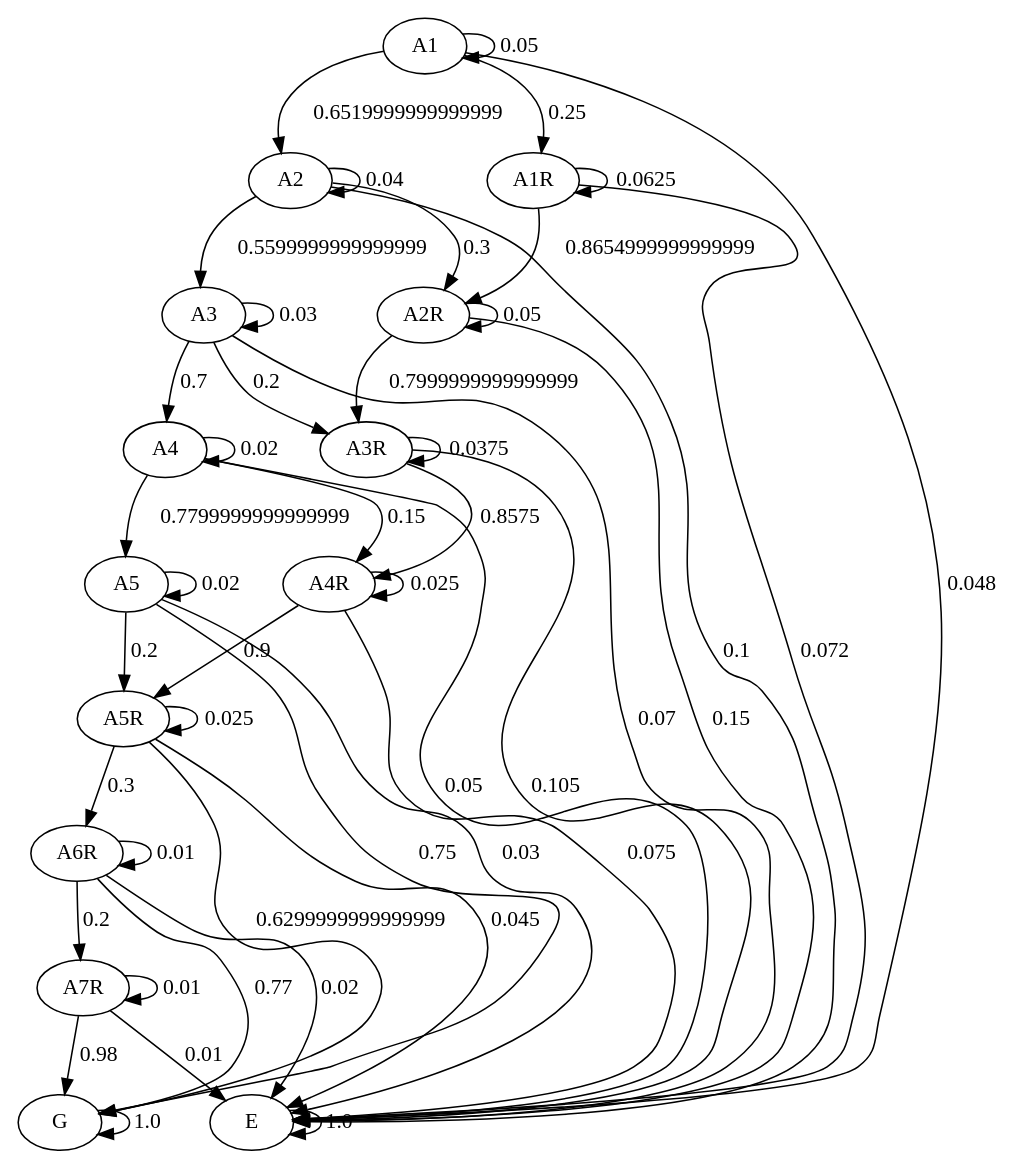
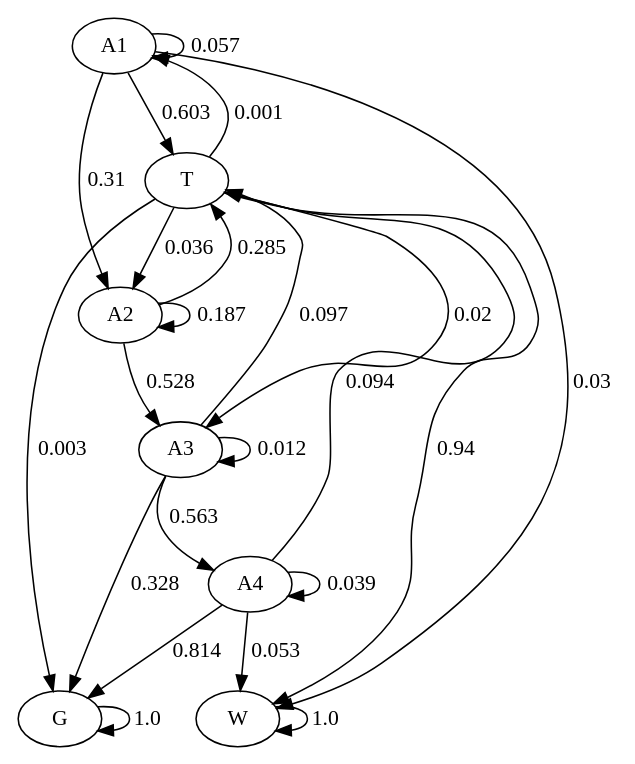
One commit to JulianaFerreira/educacao changed the diagram in graph/markov.dot. Above: the diagram before and after it, drawn with Graphviz. The commit also changed 13 other files, not shown here.

```diff
--- a/graph/markov.dot
+++ b/graph/markov.dot
@@ -1,61 +1,31 @@
 digraph  {
 A1;
+T;
 A2;
 A3;
 A4;
-A5;
-A1R;
-A2R;
-A3R;
-A4R;
-A5R;
-A6R;
-A7R;
 G;
-E;
-A1 -> A1  [key=0, label="0.05", weight="0.05"];
-A1 -> A2  [key=0, label="0.6519999999999999", weight="0.6519999999999999"];
-A1 -> A1R  [key=0, label="0.25", weight="0.25"];
-A1 -> E  [key=0, label="0.048", weight="0.048"];
-A2 -> A2  [key=0, label="0.04", weight="0.04"];
-A2 -> A3  [key=0, label="0.5599999999999999", weight="0.5599999999999999"];
-A2 -> A2R  [key=0, label="0.3", weight="0.3"];
-A2 -> E  [key=0, label="0.1", weight="0.1"];
-A3 -> A3  [key=0, label="0.03", weight="0.03"];
-A3 -> A4  [key=0, label="0.7", weight="0.7"];
-A3 -> A3R  [key=0, label="0.2", weight="0.2"];
-A3 -> E  [key=0, label="0.07", weight="0.07"];
-A4 -> A4  [key=0, label="0.02", weight="0.02"];
-A4 -> A5  [key=0, label="0.7799999999999999", weight="0.7799999999999999"];
-A4 -> A4R  [key=0, label="0.15", weight="0.15"];
-A4 -> E  [key=0, label="0.05", weight="0.05"];
-A5 -> A5  [key=0, label="0.02", weight="0.02"];
-A5 -> A5R  [key=0, label="0.2", weight="0.2"];
-A5 -> G  [key=0, label="0.75", weight="0.75"];
-A5 -> E  [key=0, label="0.03", weight="0.03"];
-A1R -> A1R  [key=0, label="0.0625", weight="0.0625"];
-A1R -> A2R  [key=0, label="0.8654999999999999", weight="0.8654999999999999"];
-A1R -> E  [key=0, label="0.072", weight="0.072"];
-A2R -> A2R  [key=0, label="0.05", weight="0.05"];
-A2R -> A3R  [key=0, label="0.7999999999999999", weight="0.7999999999999999"];
-A2R -> E  [key=0, label="0.15", weight="0.15"];
-A3R -> A3R  [key=0, label="0.0375", weight="0.0375"];
-A3R -> A4R  [key=0, label="0.8575", weight="0.8575"];
-A3R -> E  [key=0, label="0.105", weight="0.105"];
-A4R -> A4R  [key=0, label="0.025", weight="0.025"];
-A4R -> A5R  [key=0, label="0.9", weight="0.9"];
-A4R -> E  [key=0, label="0.075", weight="0.075"];
-A5R -> A5R  [key=0, label="0.025", weight="0.025"];
-A5R -> A6R  [key=0, label="0.3", weight="0.3"];
-A5R -> G  [key=0, label="0.6299999999999999", weight="0.6299999999999999"];
-A5R -> E  [key=0, label="0.045", weight="0.045"];
-A6R -> A6R  [key=0, label="0.01", weight="0.01"];
-A6R -> A7R  [key=0, label="0.2", weight="0.2"];
-A6R -> G  [key=0, label="0.77", weight="0.77"];
-A6R -> E  [key=0, label="0.02", weight="0.02"];
-A7R -> A7R  [key=0, label="0.01", weight="0.01"];
-A7R -> G  [key=0, label="0.98", weight="0.98"];
-A7R -> E  [key=0, label="0.01", weight="0.01"];
+W;
+A1 -> A1  [key=0, label="0.057", weight="0.057"];
+A1 -> A2  [key=0, label="0.31", weight="0.31"];
+A1 -> T  [key=0, label="0.603", weight="0.603"];
+A1 -> W  [key=0, label="0.03", weight="0.03"];
+T -> A1  [key=0, label="0.001", weight="0.001"];
+T -> A2  [key=0, label="0.036", weight="0.036"];
+T -> A3  [key=0, label="0.02", weight="0.02"];
+T -> G  [key=0, label="0.003", weight="0.003"];
+T -> W  [key=0, label="0.94", weight="0.94"];
+A2 -> A2  [key=0, label="0.187", weight="0.187"];
+A2 -> A3  [key=0, label="0.528", weight="0.528"];
+A2 -> T  [key=0, label="0.285", weight="0.285"];
+A3 -> A3  [key=0, label="0.012", weight="0.012"];
+A3 -> A4  [key=0, label="0.563", weight="0.563"];
+A3 -> T  [key=0, label="0.097", weight="0.097"];
+A3 -> G  [key=0, label="0.328", weight="0.328"];
+A4 -> A4  [key=0, label="0.039", weight="0.039"];
+A4 -> T  [key=0, label="0.094", weight="0.094"];
+A4 -> G  [key=0, label="0.814", weight="0.814"];
+A4 -> W  [key=0, label="0.053", weight="0.053"];
 G -> G  [key=0, label="1.0", weight="1.0"];
-E -> E  [key=0, label="1.0", weight="1.0"];
+W -> W  [key=0, label="1.0", weight="1.0"];
 }
```
